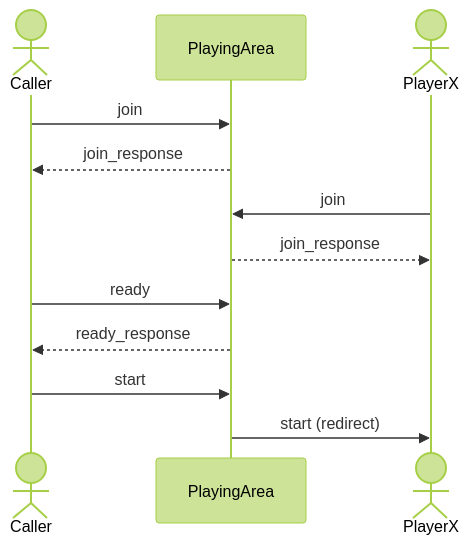
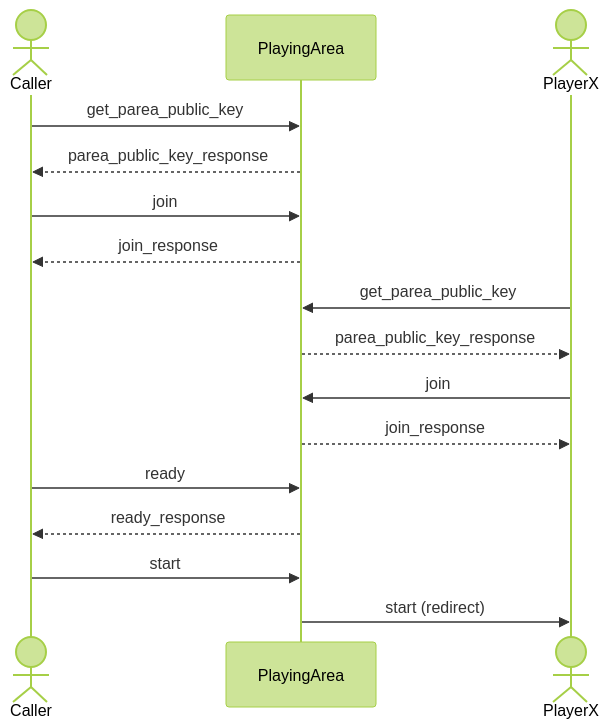
The first of 7 diagrams in Documentation.md (detiuaveiro/assignment-2---bingo-26), drawn with Mermaid (forest theme) before and after one commit. The commit also changed other lines of this file and 9 other files, not shown here.

````diff
--- a/Documentation.md
+++ b/Documentation.md
@@ -53,14 +46,18 @@
 ```mermaid
 sequenceDiagram
     actor Caller
     participant PlayingArea
     actor PlayerX
+    Caller->>PlayingArea: get_parea_public_key
+    PlayingArea-->>Caller: parea_public_key_response
     Caller->>PlayingArea: join
     PlayingArea-->>Caller: join_response
+    PlayerX->>PlayingArea: get_parea_public_key
+    PlayingArea-->>PlayerX: parea_public_key_response
     PlayerX->>PlayingArea: join
     PlayingArea-->>PlayerX: join_response
     Caller->>PlayingArea: ready
     PlayingArea-->>Caller: ready_response
     Caller->>PlayingArea: start
     PlayingArea->>PlayerX: start (redirect)
 ```
````
